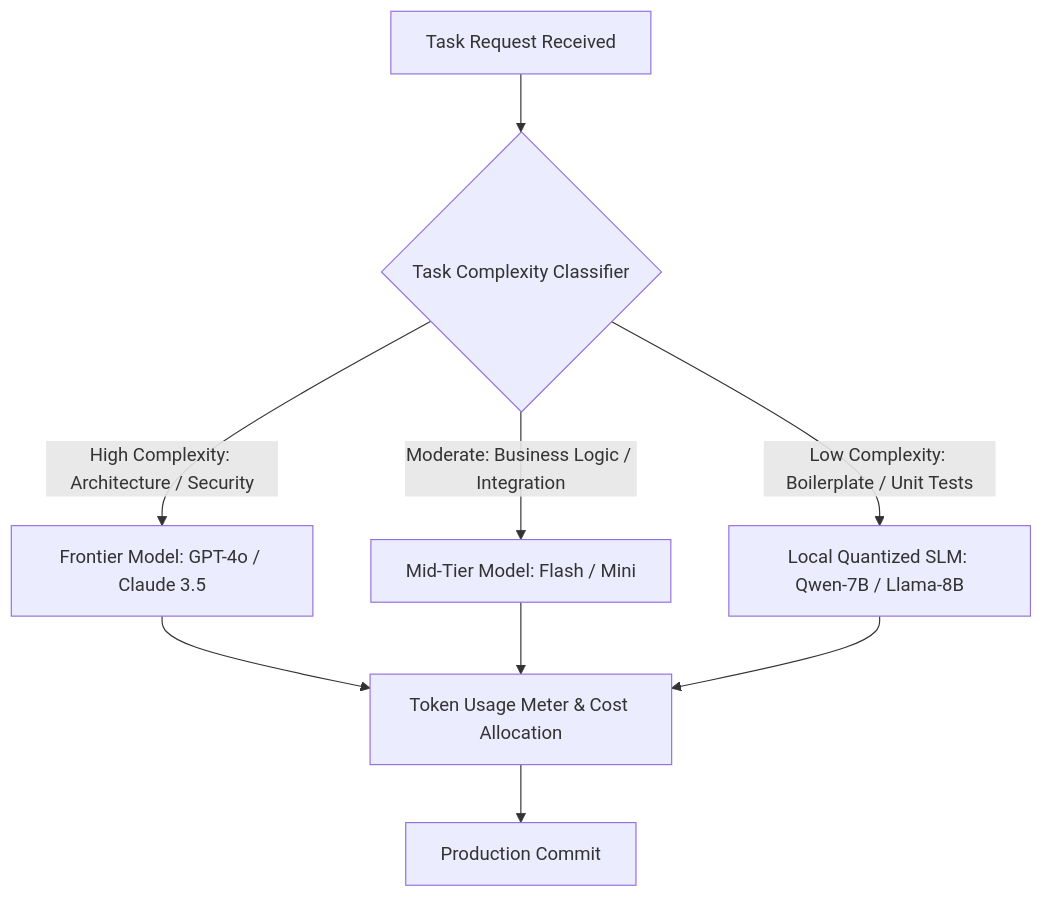
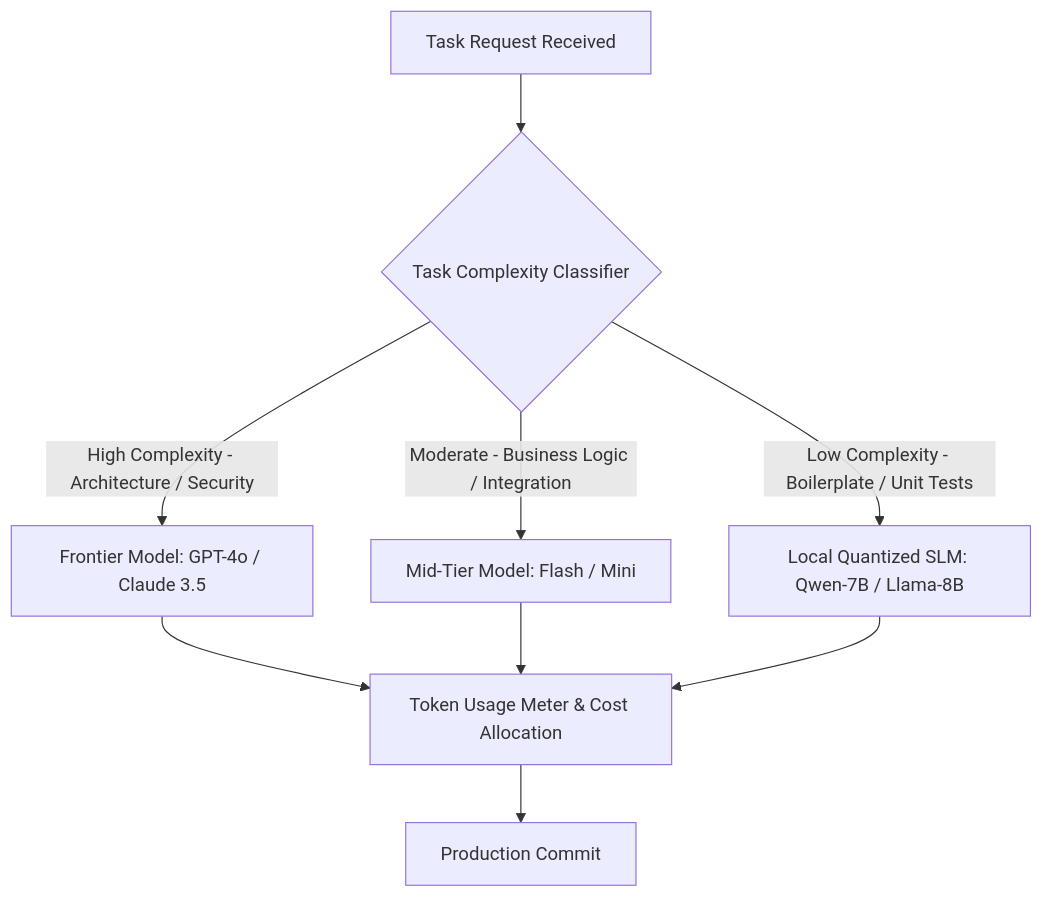
One commit to akmalkhaniub/akmalkhaniub.github.io changed the diagram in blog/posts/tech-lead-ai-token-economics-compute-engineering.md. Above: the diagram before and after it, drawn with Mermaid. The commit also changed 411 other files, not shown here.

````diff
--- a/blog/posts/tech-lead-ai-token-economics-compute-engineering.md
+++ b/blog/posts/tech-lead-ai-token-economics-compute-engineering.md
@@ -15,12 +15,12 @@
 ```mermaid
-graph TD
+flowchart TD
   A[Task Request Received] --> B{Task Complexity Classifier}
-  B -->|High Complexity: Architecture / Security| C[Frontier Model: GPT-4o / Claude 3.5]
-  B -->|Moderate: Business Logic / Integration| D[Mid-Tier Model: Flash / Mini]
-  B -->|Low Complexity: Boilerplate / Unit Tests| E[Local Quantized SLM: Qwen-7B / Llama-8B]
+  B -->|High Complexity - Architecture / Security| C[Frontier Model: GPT-4o / Claude 3.5]
+  B -->|Moderate - Business Logic / Integration| D[Mid-Tier Model: Flash / Mini]
+  B -->|Low Complexity - Boilerplate / Unit Tests| E[Local Quantized SLM: Qwen-7B / Llama-8B]
   
   C --> F[Token Usage Meter & Cost Allocation]
   D --> F
   E --> F
   F --> G[Production Commit]
 ```
````
